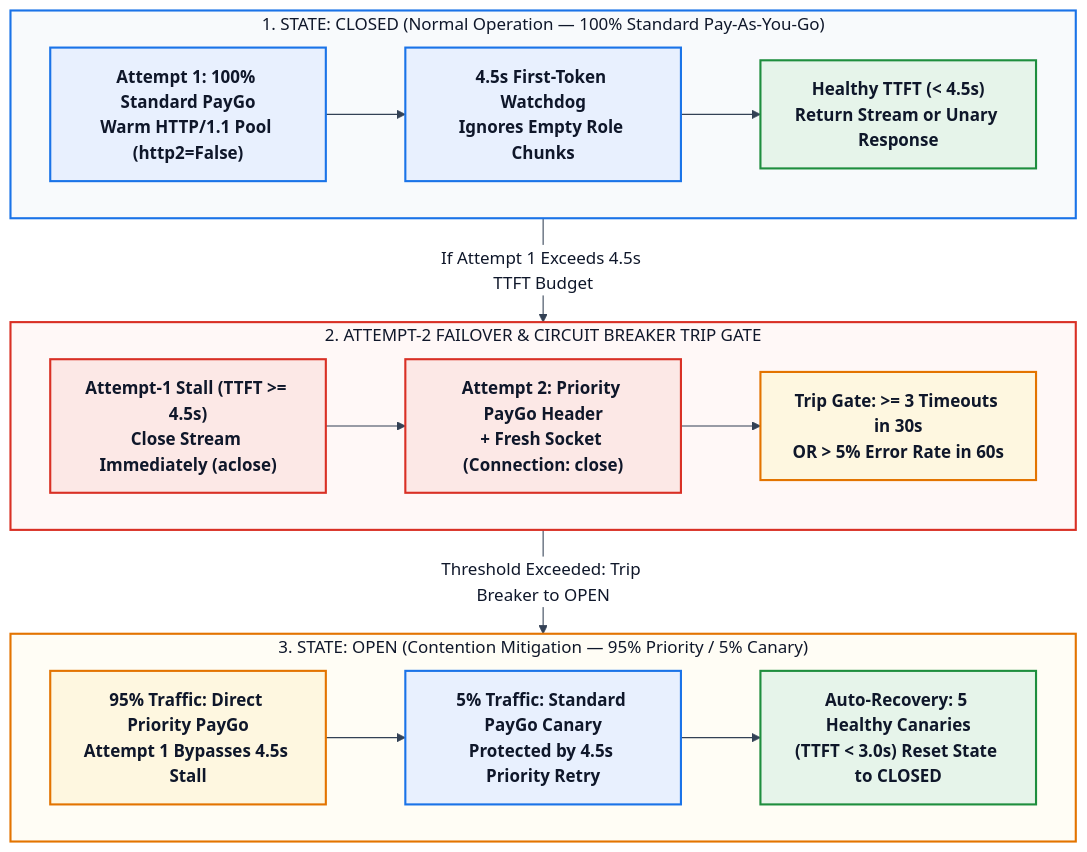
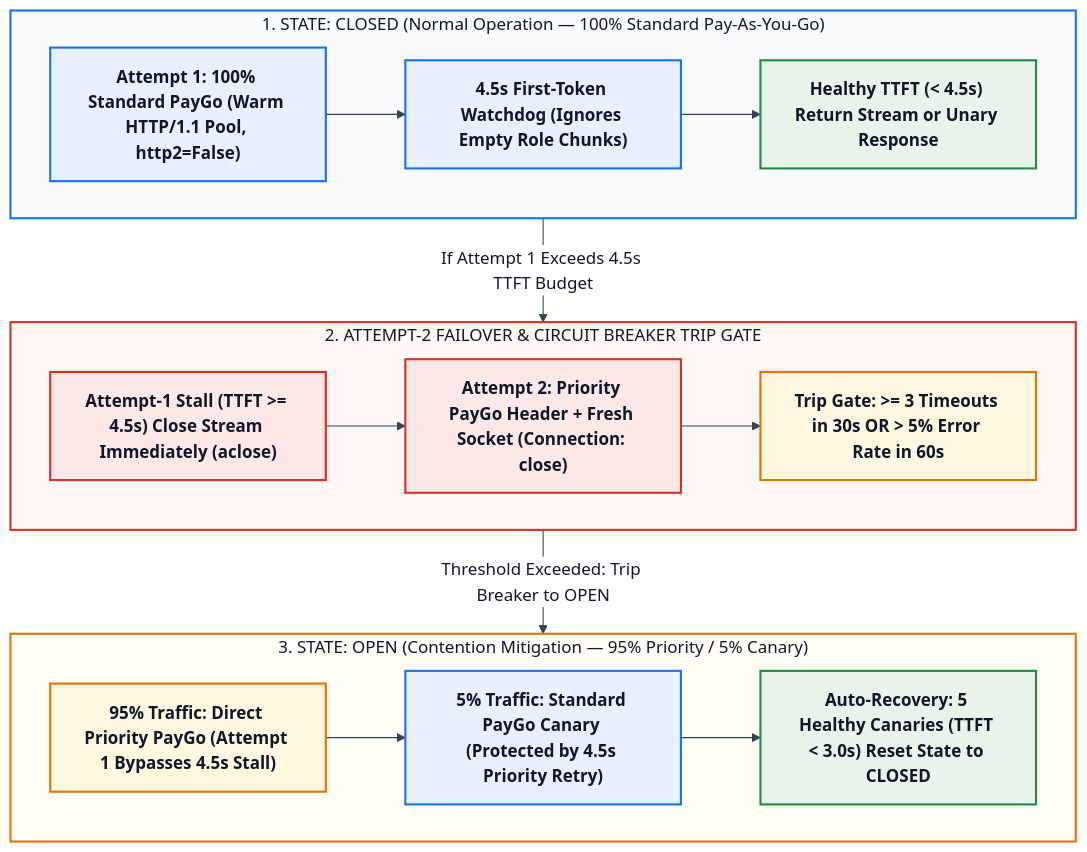
The diagram in README.md (gmilen-sketch/vertex-resilient-acompletion), drawn with Mermaid before and after one commit. The commit also changed other lines of this file and 6 other files, not shown here.

````diff
--- a/README.md
+++ b/README.md
@@ -44,30 +44,30 @@
 ```mermaid
 %%{init: {'theme': 'base', 'themeVariables': {'primaryColor': '#e8f0fe', 'primaryTextColor': '#0f172a', 'primaryBorderColor': '#1a73e8', 'lineColor': '#334155', 'secondaryColor': '#fef7e0', 'tertiaryColor': '#f8fafc', 'clusterBkg': '#f8fafc', 'clusterBorder': '#475569', 'edgeLabelBackground': '#ffffff', 'textColor': '#0f172a'}}}%%
 flowchart TD
     classDef blueBox fill:#e8f0fe,stroke:#1a73e8,stroke-width:2px,color:#0f172a,font-weight:bold
     classDef redBox fill:#fce8e6,stroke:#d93025,stroke-width:2px,color:#0f172a,font-weight:bold
     classDef amberBox fill:#fef7e0,stroke:#e37400,stroke-width:2px,color:#0f172a,font-weight:bold
     classDef greenBox fill:#e6f4ea,stroke:#1e8e3e,stroke-width:2px,color:#0f172a,font-weight:bold
 
     subgraph S1["1. STATE: CLOSED (Normal Operation — 100% Standard Pay-As-You-Go)"]
         direction LR
-        A1["Attempt 1: 100% Standard PayGo<br/>Warm HTTP/1.1 Pool (http2=False)"]:::blueBox --> A2["4.5s First-Token Watchdog<br/>Ignores Empty Role Chunks"]:::blueBox --> A3["Healthy TTFT (< 4.5s)<br/>Return Stream or Unary Response"]:::greenBox
+        A1["Attempt 1: 100% Standard PayGo (Warm HTTP/1.1 Pool, http2=False)"]:::blueBox --> A2["4.5s First-Token Watchdog (Ignores Empty Role Chunks)"]:::blueBox --> A3["Healthy TTFT (< 4.5s) Return Stream or Unary Response"]:::greenBox
     end
 
     subgraph S2["2. ATTEMPT-2 FAILOVER & CIRCUIT BREAKER TRIP GATE"]
         direction LR
-        B1["Attempt-1 Stall (TTFT >= 4.5s)<br/>Close Stream Immediately (aclose)"]:::redBox --> B2["Attempt 2: Priority PayGo Header<br/>+ Fresh Socket (Connection: close)"]:::redBox --> B3["Trip Gate: >= 3 Timeouts in 30s<br/>OR > 5% Error Rate in 60s"]:::amberBox
+        B1["Attempt-1 Stall (TTFT >= 4.5s) Close Stream Immediately (aclose)"]:::redBox --> B2["Attempt 2: Priority PayGo Header + Fresh Socket (Connection: close)"]:::redBox --> B3["Trip Gate: >= 3 Timeouts in 30s OR > 5% Error Rate in 60s"]:::amberBox
     end
 
     subgraph S3["3. STATE: OPEN (Contention Mitigation — 95% Priority / 5% Canary)"]
         direction LR
-        C1["95% Traffic: Direct Priority PayGo<br/>Attempt 1 Bypasses 4.5s Stall"]:::amberBox --> C2["5% Traffic: Standard PayGo Canary<br/>Protected by 4.5s Priority Retry"]:::blueBox --> C3["Auto-Recovery: 5 Healthy Canaries<br/>(TTFT < 3.0s) Reset State to CLOSED"]:::greenBox
+        C1["95% Traffic: Direct Priority PayGo (Attempt 1 Bypasses 4.5s Stall)"]:::amberBox --> C2["5% Traffic: Standard PayGo Canary (Protected by 4.5s Priority Retry)"]:::blueBox --> C3["Auto-Recovery: 5 Healthy Canaries (TTFT < 3.0s) Reset State to CLOSED"]:::greenBox
     end
 
     S1 -- "If Attempt 1 Exceeds 4.5s TTFT Budget" --> S2
     S2 -- "Threshold Exceeded: Trip Breaker to OPEN" --> S3
 
     style S1 fill:#f8fafc,stroke:#1a73e8,stroke-width:2px,color:#0f172a
     style S2 fill:#fff8f7,stroke:#d93025,stroke-width:2px,color:#0f172a
     style S3 fill:#fffdf5,stroke:#e37400,stroke-width:2px,color:#0f172a
 ```
````
